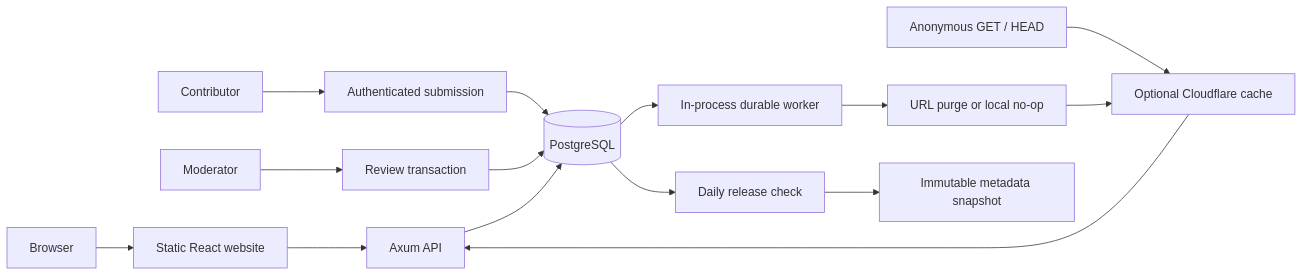
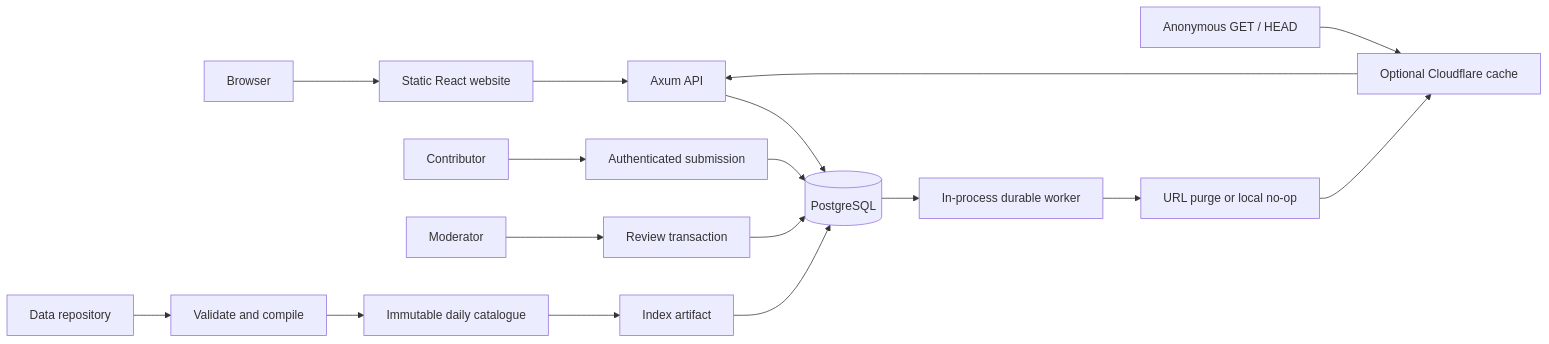
Before and after one commit to cardlattice/cardlattice: the diagram in docs/architecture.md, drawn with Mermaid. The commit also changed other lines of this file and 47 other files, not shown here.

````diff
--- a/docs/architecture.md
+++ b/docs/architecture.md
@@ -8,17 +11,19 @@
 ```mermaid
 flowchart LR
   Browser --> Web[Static React website]
   Client[Anonymous GET / HEAD] --> CDN[Optional Cloudflare cache]
   CDN --> API[Axum API]
   Web --> API
   Contributor --> Draft[Authenticated submission]
   Draft --> DB[(PostgreSQL)]
   Moderator --> Review[Review transaction]
   Review --> DB
   API --> DB
   DB --> Worker[In-process durable worker]
   Worker --> Purge[URL purge or local no-op]
-  DB --> Daily[Daily release check]
-  Daily --> Snapshot[Immutable metadata snapshot]
+  Git[Data repository] --> CI[Validate and compile]
+  CI --> Snapshot[Immutable daily catalogue]
+  Snapshot --> Index[Index artifact]
+  Index --> DB
   Purge --> CDN
 ```
````
